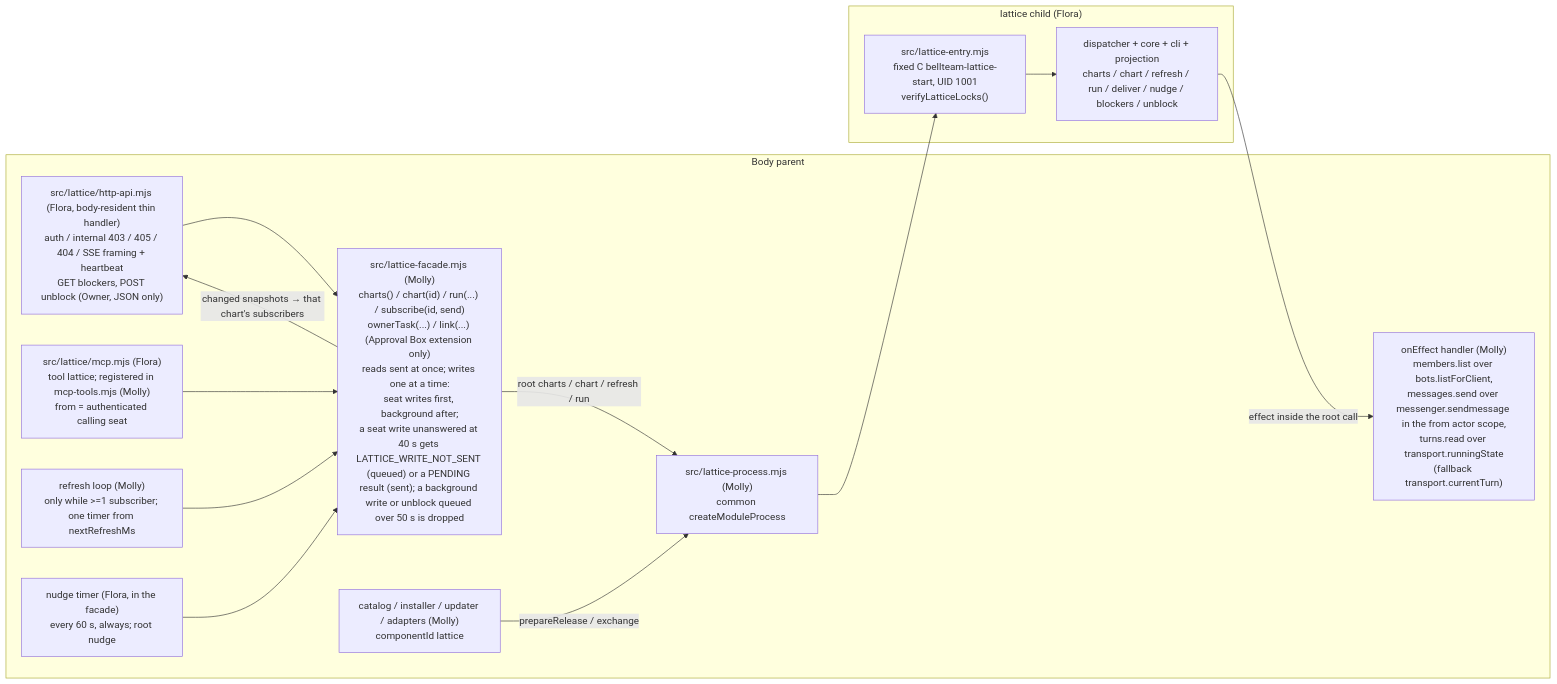
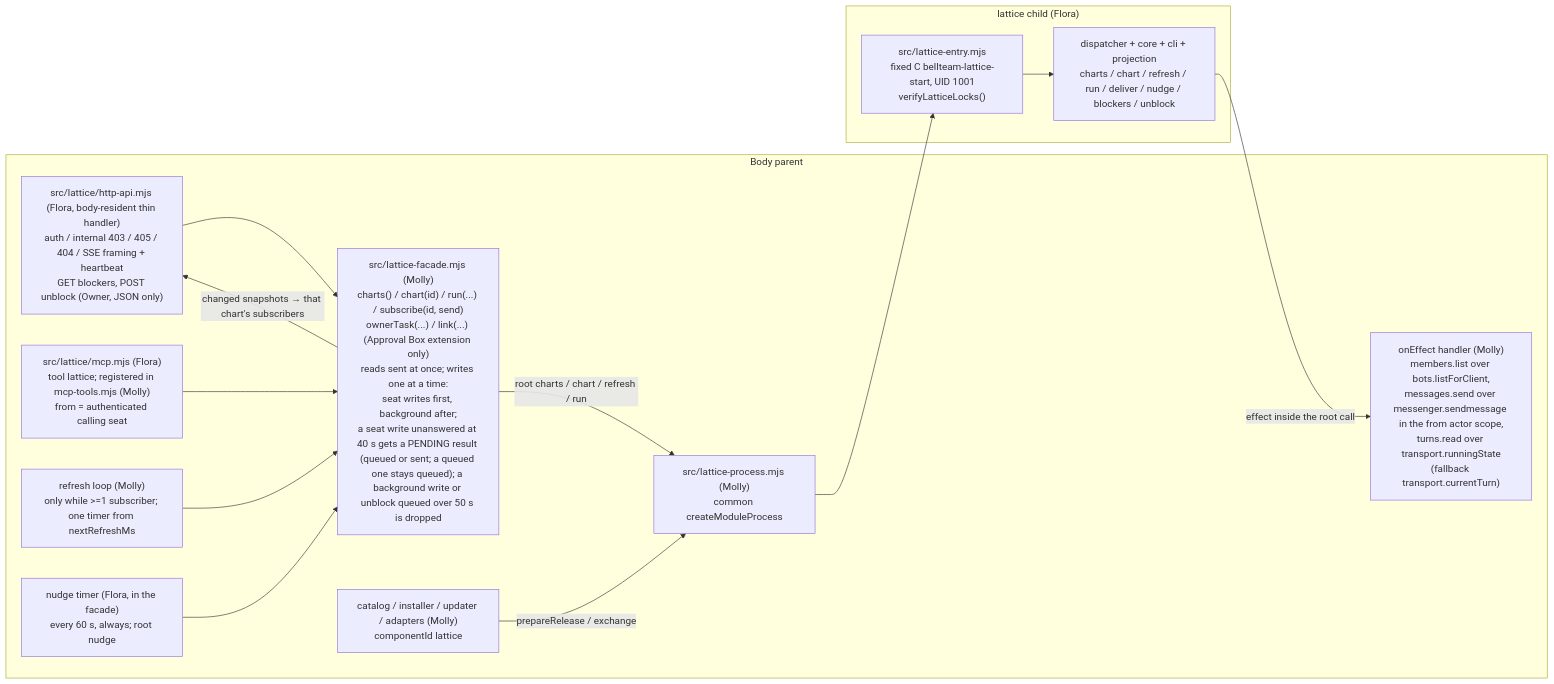
The diagram in docs/architecture/modules/runtime/lattice-child.md (kitepon/BellTeam), drawn with Mermaid before and after one commit. The commit also changed other lines of this file and 7 other files, not shown here.

Commit message:
lattice facade: answer a queued seat write PENDING and keep it queued instead of dropping it as LATTICE_WRITE_NOT_SENT (a292)

````diff
--- a/docs/architecture/modules/runtime/lattice-child.md
+++ b/docs/architecture/modules/runtime/lattice-child.md
@@ -7,26 +7,26 @@
 ```mermaid
 flowchart LR
   subgraph Parent["Body parent"]
     Route["src/lattice/http-api.mjs (Flora, body-resident thin handler)<br/>auth / internal 403 / 405 / 404 / SSE framing + heartbeat<br/>GET blockers, POST unblock (Owner, JSON only)"]
     Tool["src/lattice/mcp.mjs (Flora)<br/>tool lattice; registered in mcp-tools.mjs (Molly)<br/>from = authenticated calling seat"]
-    Facade["src/lattice-facade.mjs (Molly)<br/>charts() / chart(id) / run(...) / subscribe(id, send)<br/>ownerTask(...) / link(...) (Approval Box extension only)<br/>reads sent at once; writes one at a time:<br/>seat writes first, background after;<br/>a seat write unanswered at 40 s gets LATTICE_WRITE_NOT_SENT (queued) or a PENDING result (sent); a background write or unblock queued over 50 s is dropped"]
+    Facade["src/lattice-facade.mjs (Molly)<br/>charts() / chart(id) / run(...) / subscribe(id, send)<br/>ownerTask(...) / link(...) (Approval Box extension only)<br/>reads sent at once; writes one at a time:<br/>seat writes first, background after;<br/>a seat write unanswered at 40 s gets a PENDING result (queued or sent; a queued one stays queued); a background write or unblock queued over 50 s is dropped"]
     Loop["refresh loop (Molly)<br/>only while >=1 subscriber; one timer from nextRefreshMs"]
     Nudge["nudge timer (Flora, in the facade)<br/>every 60 s, always; root nudge"]
     Proc["src/lattice-process.mjs (Molly)<br/>common createModuleProcess"]
     Ports["onEffect handler (Molly)<br/>members.list over bots.listForClient,<br/>messages.send over messenger.sendmessage in the from actor scope,<br/>turns.read over transport.runningState<br/>(fallback transport.currentTurn)"]
     Update["catalog / installer / updater / adapters (Molly)<br/>componentId lattice"]
   end
   subgraph Child["lattice child (Flora)"]
     Entry["src/lattice-entry.mjs<br/>fixed C bellteam-lattice-start, UID 1001<br/>verifyLatticeLocks()"]
     Disp["dispatcher + core + cli + projection<br/>charts / chart / refresh / run / deliver / nudge / blockers / unblock"]
   end
   Route --> Facade
   Tool --> Facade
   Loop --> Facade
   Nudge --> Facade
   Facade -->|"root charts / chart / refresh / run"| Proc
   Proc --> Entry --> Disp
   Disp -->|"effect inside the root call"| Ports
   Facade -->|"changed snapshots → that chart's subscribers"| Route
   Update -->|"prepareRelease / exchange"| Proc
 ```
````
